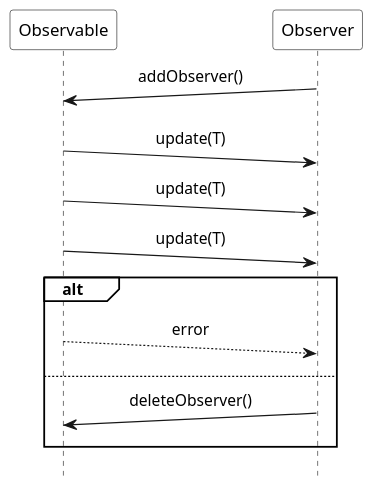
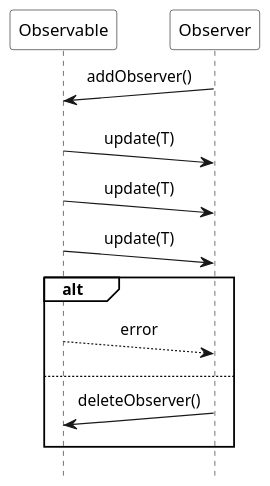
Before and after one commit to ti-cortex-m4/demo-java-reactive-streams-old: the diagram in images/pattern_Observer.puml, drawn with PlantUML. The commit also changed 2 other files, not shown here.

```diff
--- a/images/pattern_Observer.puml
+++ b/images/pattern_Observer.puml
@@ -1,31 +1,31 @@
 @startuml
 
 scale 1.2
 hide footbox
 
 !pragma teoz true
 
 skinparam monochrome true
 skinparam defaultFontName Source Sans Pro
 skinparam sequenceMessageAlign center
 skinparam participantBackgroundColor #white
 skinparam noteBackgroundColor #white
 skinparam sequenceGroupBackgroundColor #white
-skinparam participantPadding 60
+skinparam participantPadding 10
 
 participant Observable
 participant Observer
 
 Observer ->(10) Observable : addObserver()
 
 Observable ->(10) Observer : update(T)
 Observable ->(10) Observer : update(T)
 Observable ->(10) Observer : update(T)
 
 alt
     Observable -->(10) Observer : error
 else
     Observer ->(10) Observable : deleteObserver()
 end
 
 @enduml
```
